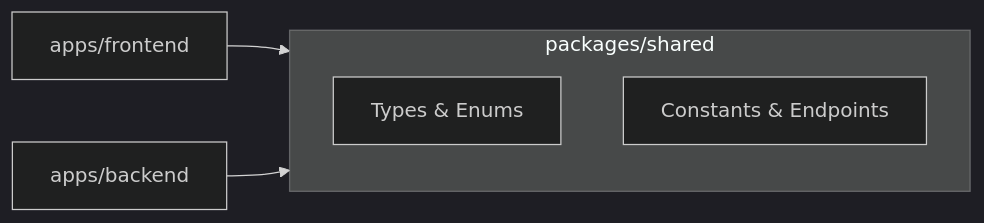
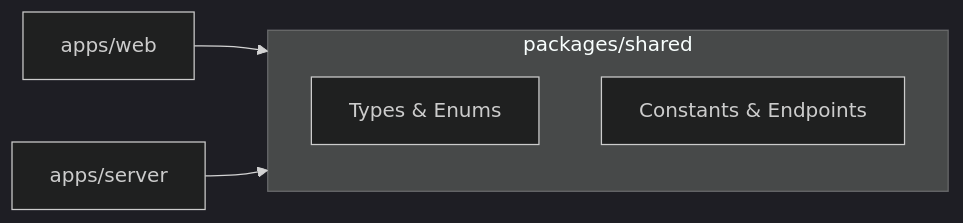
One commit to Fle-bihh/matcha changed the diagram in docs/03-monorepo-architecture.md. Above: the diagram before and after it, drawn with Mermaid (dark theme). The commit also changed other lines of this file and 19 other files, not shown here.

Commit message:
Initiated monorepo Created basic server and web app, communicating with each other and with the database. Everything is mounted at once using docker

````diff
--- a/docs/03-monorepo-architecture.md
+++ b/docs/03-monorepo-architecture.md
@@ -73,10 +73,10 @@
 ```mermaid
 flowchart LR
     subgraph Shared["packages/shared"]
       T[Types & Enums]
       C[Constants & Endpoints]
     end
 
-    FE[apps/frontend] --> Shared
-    BE[apps/backend] --> Shared
+    FE[apps/web] --> Shared
+    BE[apps/server] --> Shared
 ```
````
